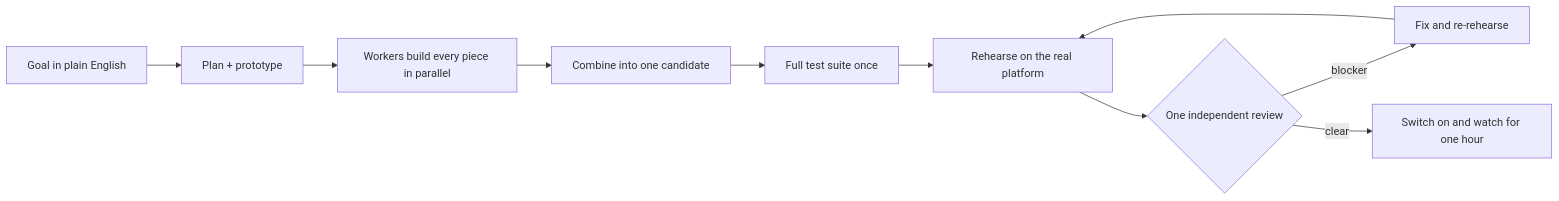
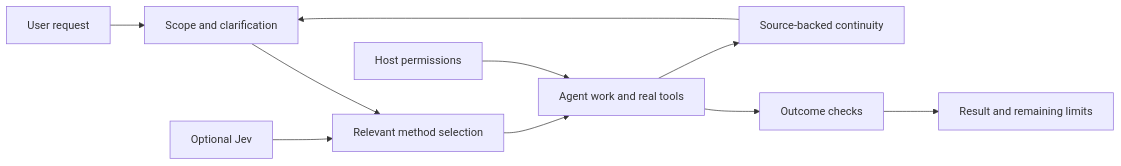
The diagram in README.md (socialiserapp-design/BGZFLOW), drawn with Mermaid before and after one commit. The commit also changed other lines of this file and 5116 other files, not shown here.

````diff
--- a/README.md
+++ b/README.md
@@ -128,12 +69,12 @@
 ```mermaid
 flowchart LR
-    A[Goal in plain English] --> B[Plan + prototype]
-    B --> C[Workers build every piece in parallel]
-    C --> D[Combine into one candidate]
-    D --> E[Full test suite once]
-    E --> F[Rehearse on the real platform]
-    F --> G{One independent review}
-    G -- blocker --> H[Fix and re-rehearse]
-    H --> F
-    G -- clear --> I[Switch on and watch for one hour]
+  A[User request] --> B[Scope and clarification]
+  B --> C[Relevant method selection]
+  J[Optional Jev] --> C
+  C --> D[Agent work and real tools]
+  H[Host permissions] --> D
+  D --> E[Outcome checks]
+  E --> F[Result and remaining limits]
+  D --> R[Source-backed continuity]
+  R --> B
 ```
````
